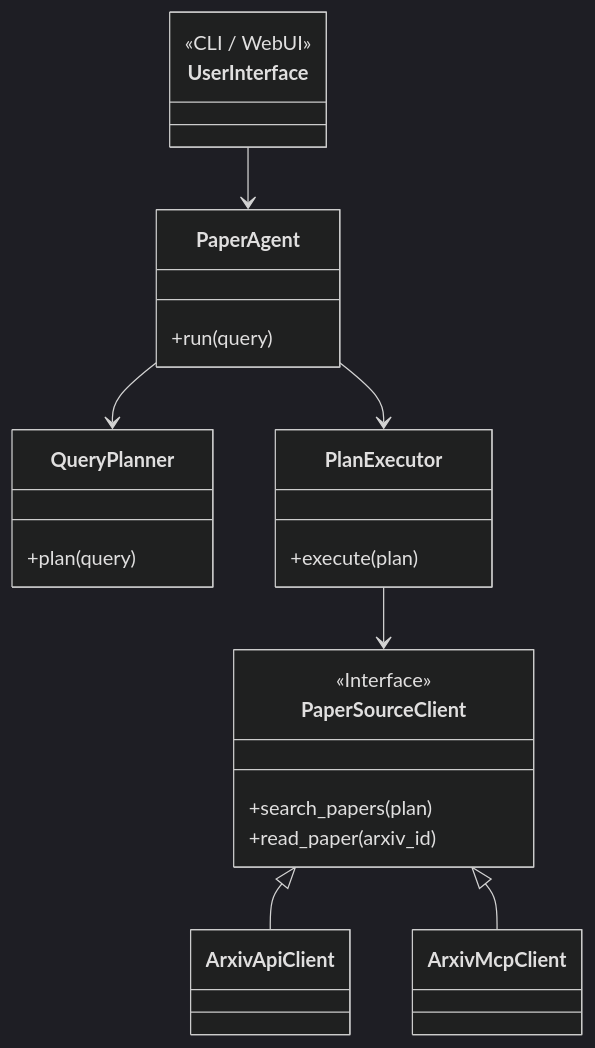
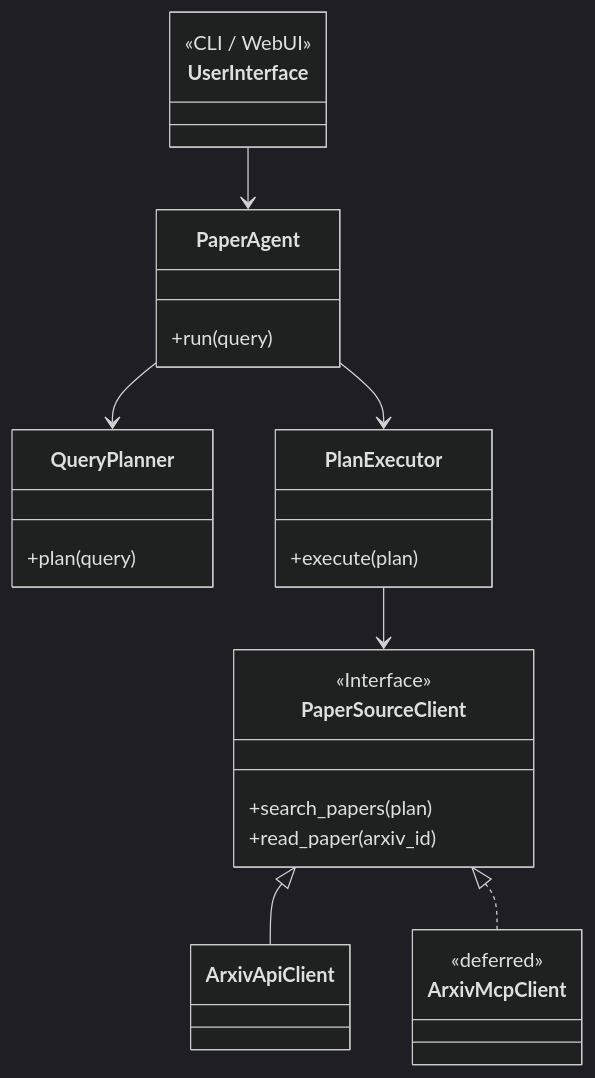
One commit to amaner/summx changed the diagram in README.md. Above: the diagram before and after it, drawn with Mermaid (dark theme). The commit also changed other lines of this file, not shown here.

Commit message:
docs: update README to clarify ArxivMcpClient as planned future feature
- Change paper sources description to indicate MCP client is planned but not implemented
- Mark ArxivMcpClient as <<deferred>> in architecture diagram
- Update class relationship from inheritance to dependency (dashed line) to reflect deferred status

````diff
--- a/README.md
+++ b/README.md
@@ -28,34 +28,36 @@
 ```mermaid
 classDiagram
     class UserInterface {
         <<CLI / WebUI>>
     }
 
     class PaperAgent {
         +run(query)
     }
 
     class QueryPlanner {
         +plan(query)
     }
 
     class PlanExecutor {
         +execute(plan)
     }
 
     class PaperSourceClient {
         <<Interface>>
         +search_papers(plan)
         +read_paper(arxiv_id)
     }
 
     class ArxivApiClient
-    class ArxivMcpClient
+    class ArxivMcpClient {
+        <<deferred>>
+    }
 
     UserInterface --> PaperAgent
     PaperAgent --> QueryPlanner
     PaperAgent --> PlanExecutor
     PlanExecutor --> PaperSourceClient
     PaperSourceClient <|-- ArxivApiClient
-    PaperSourceClient <|-- ArxivMcpClient
+    PaperSourceClient <|.. ArxivMcpClient
 ```
````
